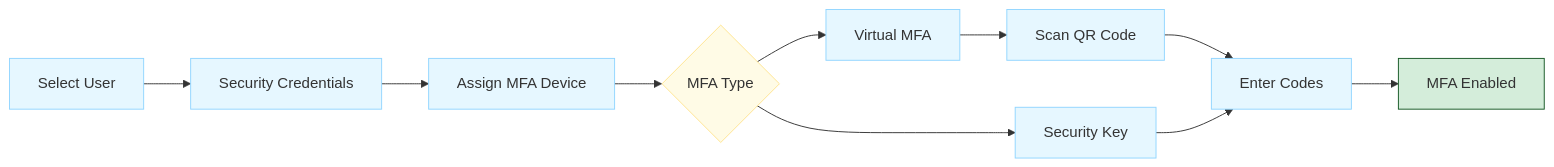
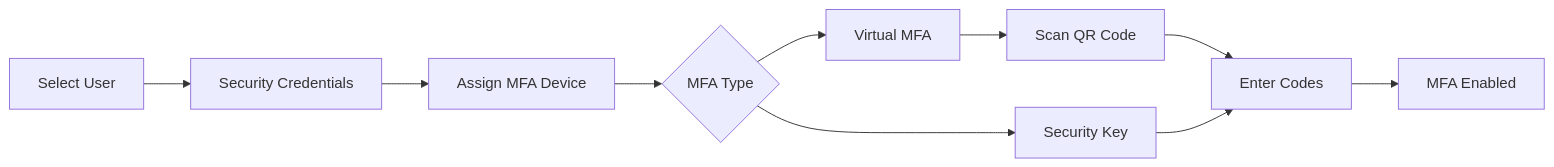
The fourth of 4 diagrams in docs/dev-cloud/cclab/lab_2.md (sujith-eag/sujith-library), drawn with Mermaid before and after one commit. The commit also changed other lines of this file and 41 other files, not shown here.

First line of the commit message:
Refactor diagrams and remove redundant styles in documentation

````diff
--- a/docs/dev-cloud/cclab/lab_2.md
+++ b/docs/dev-cloud/cclab/lab_2.md
@@ -196,20 +171,12 @@
 ```mermaid
 flowchart LR
     User[Select User] --> Security[Security Credentials]
     Security --> Assign[Assign MFA Device]
     Assign --> Type{MFA Type}
     Type --> Virtual[Virtual MFA]
     Type --> Key[Security Key]
     Virtual --> Scan[Scan QR Code]
     Scan --> Verify[Enter Codes]
     Key --> Verify
     Verify --> Done[MFA Enabled]
-
-    classDef process fill:#e6f7ff,stroke:#91d5ff
-    classDef decision fill:#fffbe6,stroke:#ffe58f
-    classDef success fill:#d4edda,stroke:#155724
-
-    class User,Security,Assign,Virtual,Key,Scan,Verify process
-    class Type decision
-    class Done success
 ```
````
